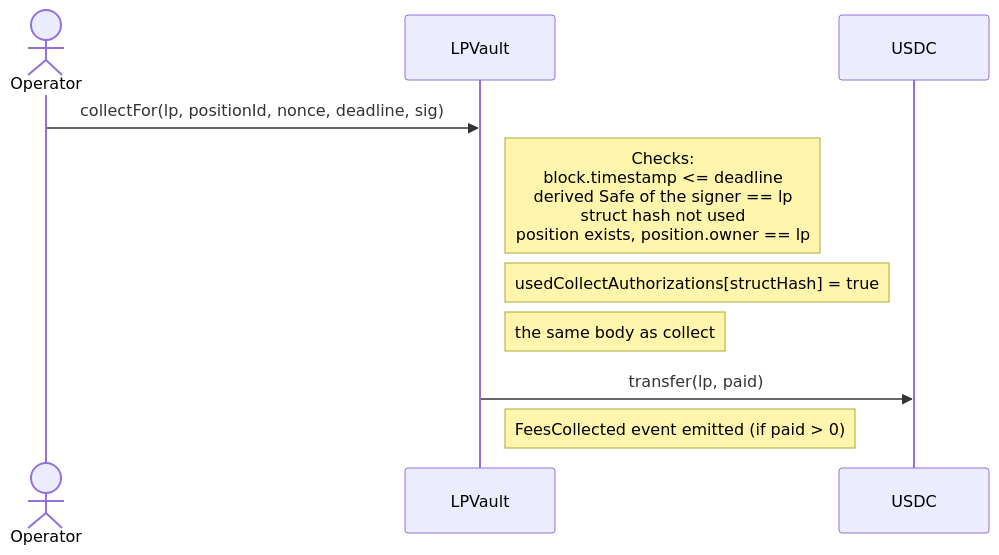
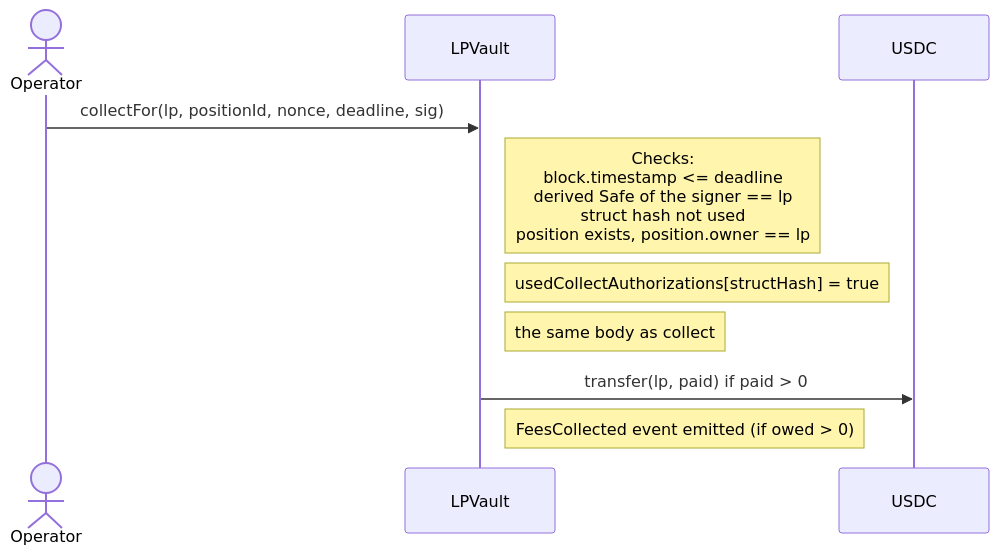
Before and after one commit to ProphetMarket/lp-vaults: diagram 12 of 33 in REFERENCE.md, drawn with Mermaid. The commit also changed other lines of this file and 3 other files, not shown here.

````diff
--- a/REFERENCE.md
+++ b/REFERENCE.md
@@ -611,13 +615,13 @@
 ```mermaid
 sequenceDiagram
     actor Operator
     participant Vault as LPVault
     participant USDC
 
     Operator->>Vault: collectFor(lp, positionId, nonce, deadline, sig)
     Note right of Vault: Checks:<br/>block.timestamp <= deadline<br/>derived Safe of the signer == lp<br/>struct hash not used<br/>position exists, position.owner == lp
     Note right of Vault: usedCollectAuthorizations[structHash] = true
     Note right of Vault: the same body as collect
-    Vault->>USDC: transfer(lp, paid)
-    Note right of Vault: FeesCollected event emitted (if paid > 0)
+    Vault->>USDC: transfer(lp, paid) if paid > 0
+    Note right of Vault: FeesCollected event emitted (if owed > 0)
 ```
````
